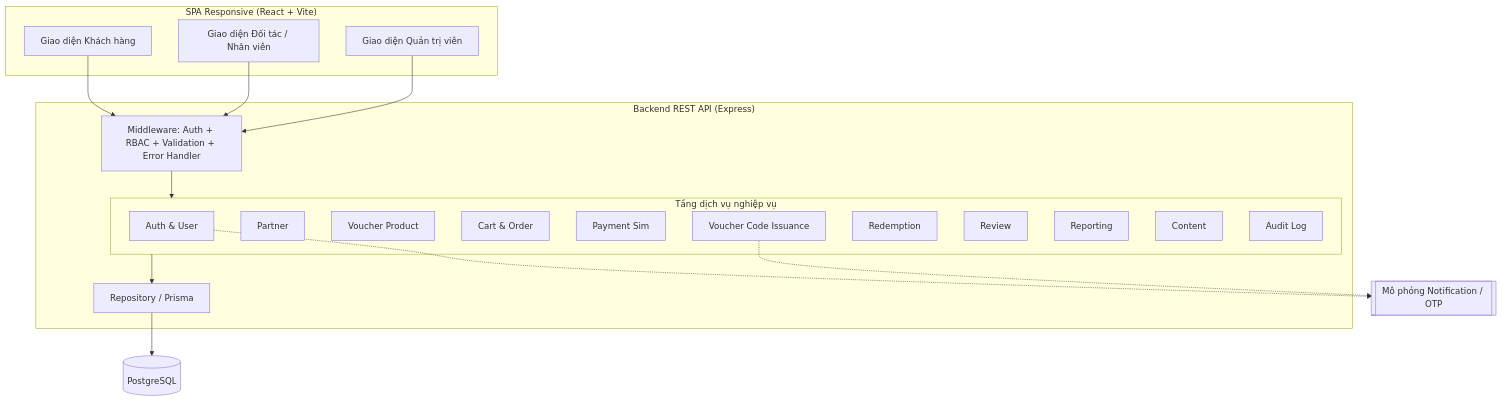
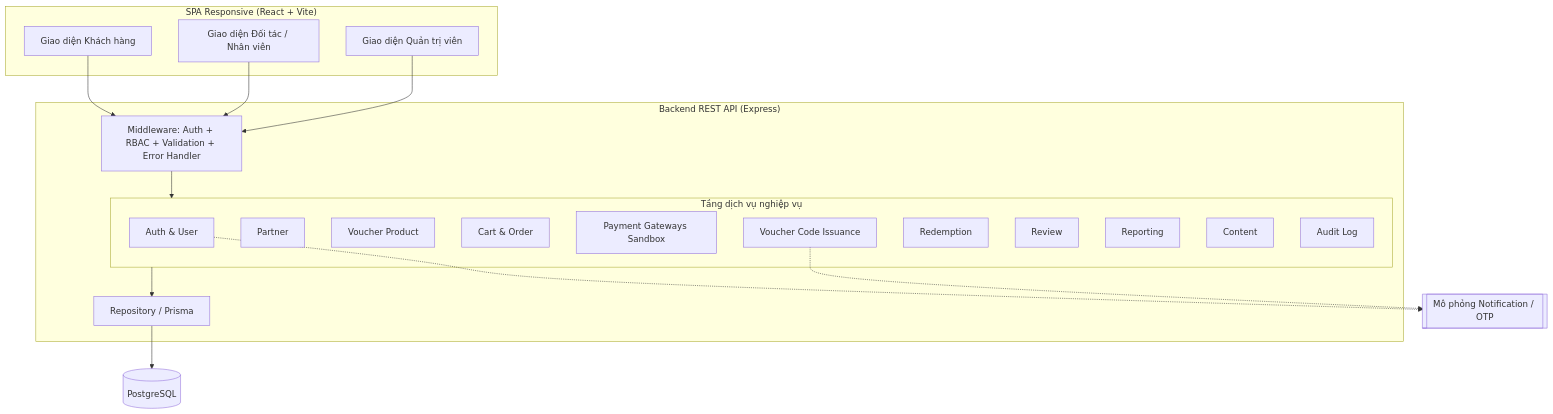
Before and after one commit to hoopyTL/EC-VoucherHub: the first of 2 diagrams in docs/06-architecture/README.md, drawn with Mermaid. The commit also changed other lines of this file and 11 other files, not shown here.

````diff
--- a/docs/06-architecture/README.md
+++ b/docs/06-architecture/README.md
@@ -29,38 +29,38 @@
 ```mermaid
 flowchart TB
     subgraph Client["SPA Responsive (React + Vite)"]
         CUS[Giao diện Khách hàng]
         PAR[Giao diện Đối tác / Nhân viên]
         ADM[Giao diện Quản trị viên]
     end
 
     subgraph API["Backend REST API (Express)"]
         MW[Middleware: Auth + RBAC + Validation + Error Handler]
         subgraph SVC["Tầng dịch vụ nghiệp vụ"]
             AUTH[Auth & User]
             PART[Partner]
             VP[Voucher Product]
             ORD[Cart & Order]
-            PAY[Payment Sim]
+            PAY[Payment Gateways Sandbox]
             ISS[Voucher Code Issuance]
             RED[Redemption]
             REV[Review]
             REP[Reporting]
             CON[Content]
             AUD[Audit Log]
         end
         REPO[Repository / Prisma]
     end
 
     DB[(PostgreSQL)]
     NOTIF[[Mô phỏng Notification / OTP]]
 
     CUS --> MW
     PAR --> MW
     ADM --> MW
     MW --> SVC
     SVC --> REPO
     REPO --> DB
     AUTH -.-> NOTIF
     ISS -.-> NOTIF
 ```
````
